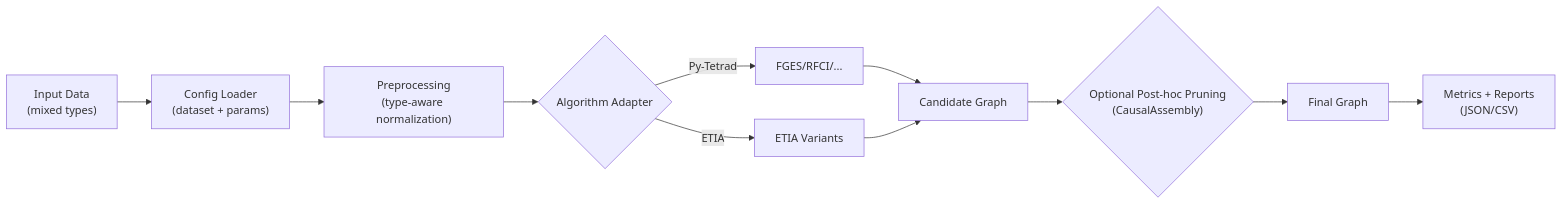
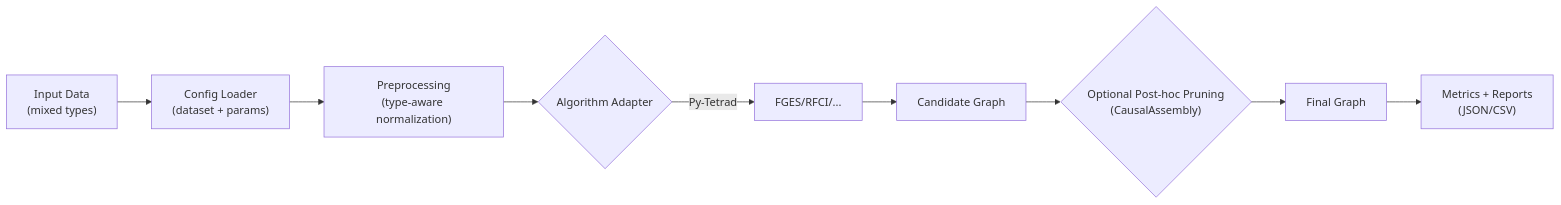
One commit to varb7/acd_sea changed the diagram in README.md. Above: the diagram before and after it, drawn with Mermaid. The commit also changed other lines of this file, not shown here.

Commit message:
Update README: remove ETIA references and streamline algorithm descriptions for clarity

````diff
--- a/README.md
+++ b/README.md
@@ -100,13 +91,11 @@
 ```mermaid
 flowchart LR
   A["Input Data<br/>(mixed types)"] --> B["Config Loader<br/>(dataset + params)"]
   B --> C["Preprocessing<br/>(type-aware normalization)"]
   C --> D{Algorithm Adapter}
   D -->|Py-Tetrad| E[FGES/RFCI/...] 
-  D -->|ETIA| F[ETIA Variants]
   E --> G[Candidate Graph]
-  F --> G[Candidate Graph]
   G --> H{"Optional Post-hoc Pruning<br/>(CausalAssembly)"}
   H --> I[Final Graph]
   I --> J["Metrics + Reports<br/>(JSON/CSV)"]
 ```
````
